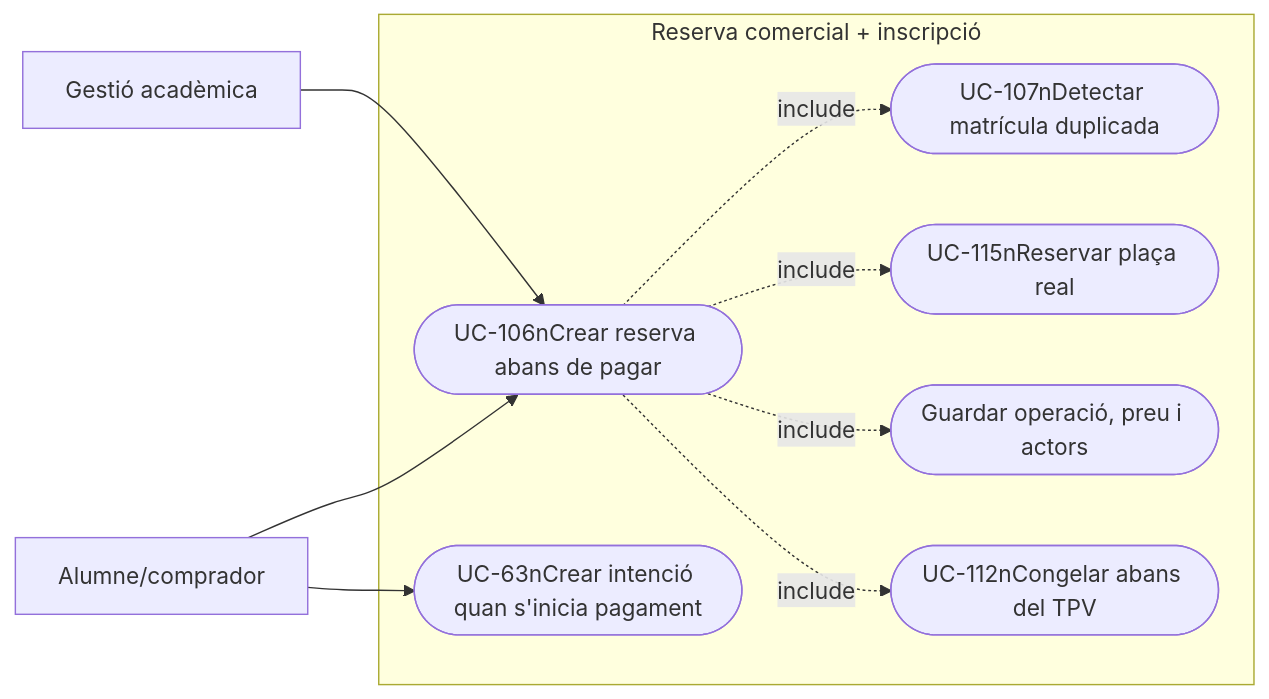
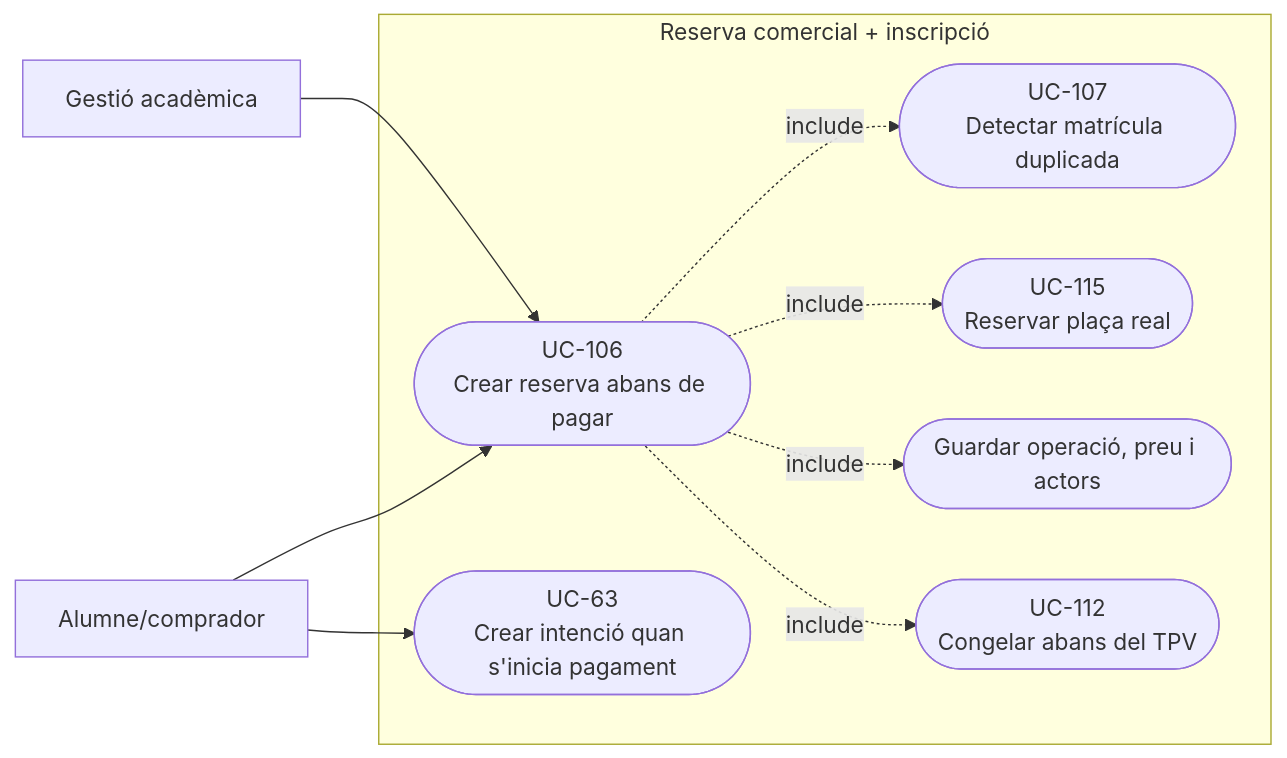
One commit to orgmeriemprismacat-del/verifactu changed the second of 4 diagrams in documentacio/07-uml-integrat/uc-106-crear-reserva-abans-pagament.md. Above: the diagram before and after it, drawn with Mermaid.

Commit message:
docs(uml): corregir salts Mermaid UC-106

````diff
--- a/documentacio/07-uml-integrat/uc-106-crear-reserva-abans-pagament.md
+++ b/documentacio/07-uml-integrat/uc-106-crear-reserva-abans-pagament.md
@@ -86,20 +86,20 @@
 ```mermaid
 flowchart LR
   a_0["Alumne/comprador"]
   a_1["Gestió acadèmica"]
   subgraph SIF_BOUNDARY["Reserva comercial + inscripció"]
-    u_0(["UC-106nCrear reserva abans de pagar"])
-    u_1(["UC-107nDetectar matrícula duplicada"])
-    u_2(["UC-115nReservar plaça real"])
+    u_0(["UC-106<br/>Crear reserva abans de pagar"])
+    u_1(["UC-107<br/>Detectar matrícula duplicada"])
+    u_2(["UC-115<br/>Reservar plaça real"])
     u_3(["Guardar operació, preu i actors"])
-    u_4(["UC-112nCongelar abans del TPV"])
-    u_5(["UC-63nCrear intenció quan s'inicia pagament"])
+    u_4(["UC-112<br/>Congelar abans del TPV"])
+    u_5(["UC-63<br/>Crear intenció quan s'inicia pagament"])
   end
   a_0 --> u_0
   a_1 --> u_0
   u_0 -.->|include| u_1
   u_0 -.->|include| u_2
   u_0 -.->|include| u_3
   u_0 -.->|include| u_4
   a_0 --> u_5
 ```
````
